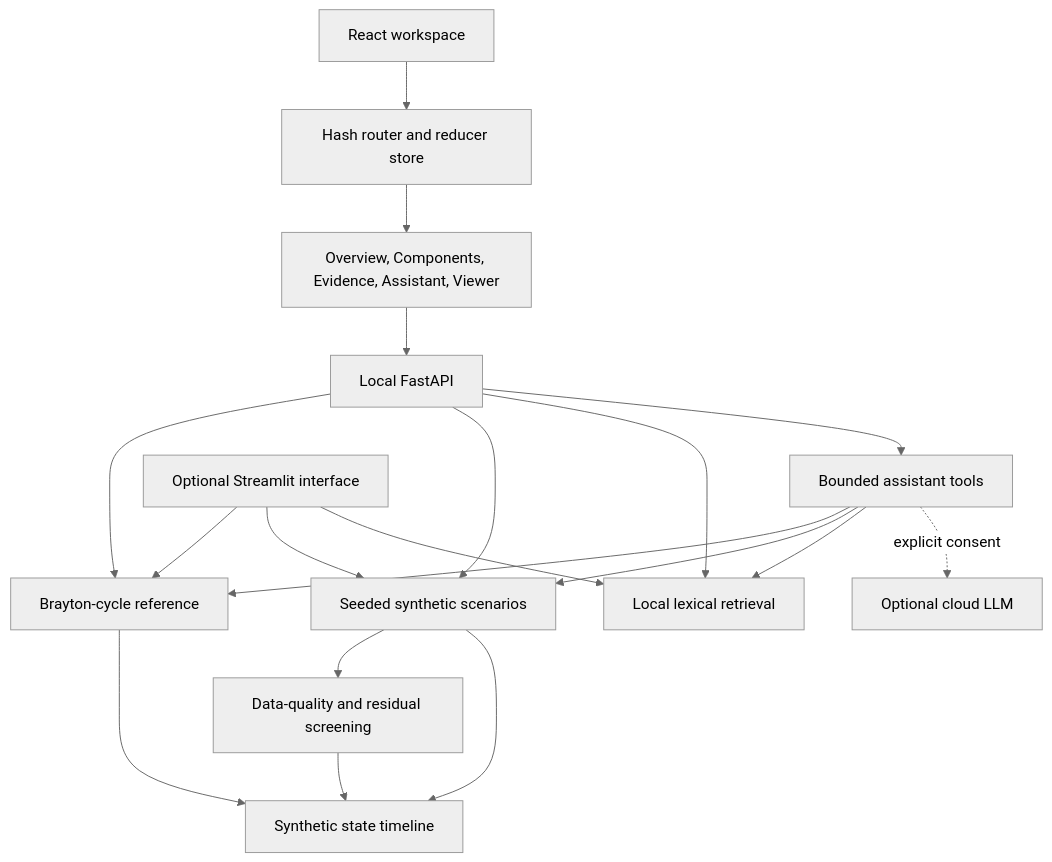
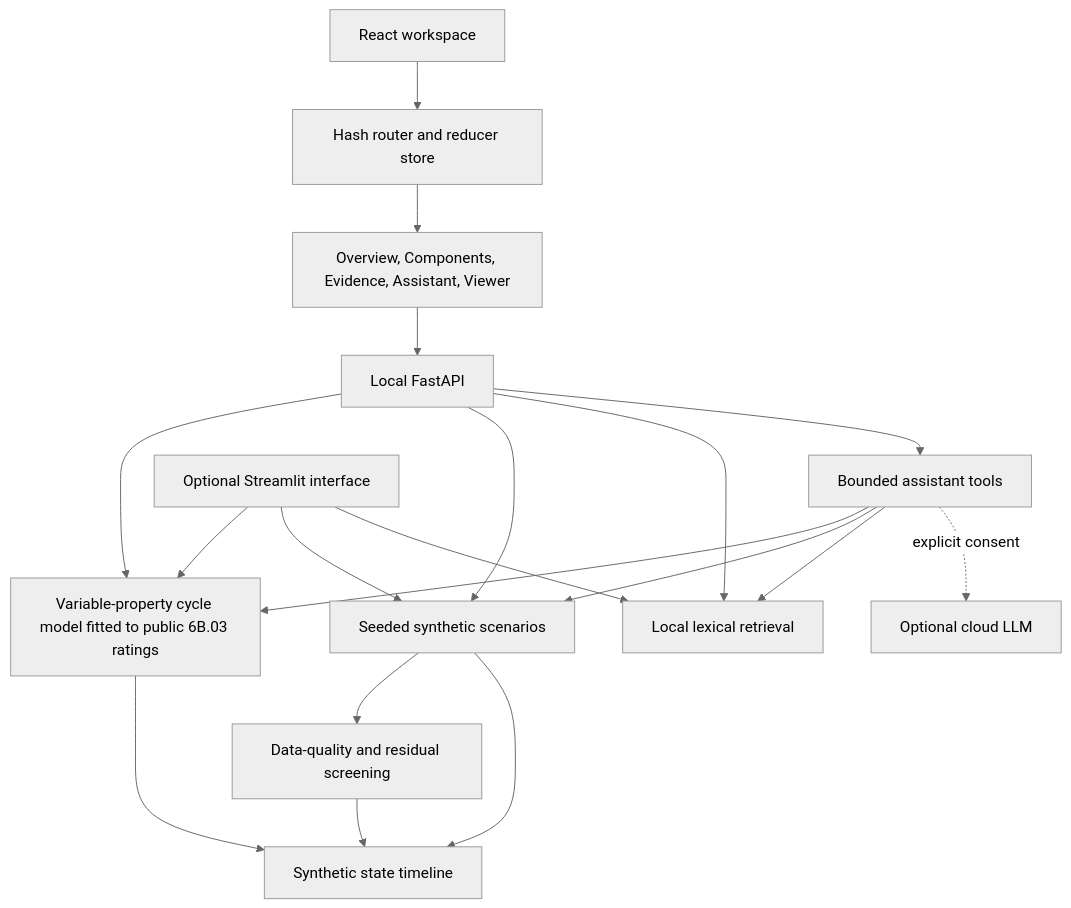
The diagram in docs/ARCHITECTURE.md (AnisX10/TurbineIQ), drawn with Mermaid (neutral theme) before and after one commit. The commit also changed other lines of this file and 29 other files, not shown here.

First line of the commit message:
Switch scenarios, twin, API and assistant to the calibrated cycle model

````diff
--- a/docs/ARCHITECTURE.md
+++ b/docs/ARCHITECTURE.md
@@ -7,21 +7,21 @@
 ```mermaid
 flowchart TD
     WEB[React workspace] --> ROUTER[Hash router and reducer store]
     ROUTER --> FEATURES[Overview, Components, Evidence, Assistant, Viewer]
     FEATURES --> API[Local FastAPI]
-    API --> ENG[Brayton-cycle reference]
+    API --> ENG[Variable-property cycle model fitted to public 6B.03 ratings]
     API --> SYN[Seeded synthetic scenarios]
     SYN --> ANA[Data-quality and residual screening]
     ENG --> TWIN[Synthetic state timeline]
     SYN --> TWIN
     ANA --> TWIN
     API --> RAG[Local lexical retrieval]
     API --> AG[Bounded assistant tools]
     AG --> ENG
     AG --> SYN
     AG --> RAG
     AG -. explicit consent .-> CLOUD[Optional cloud LLM]
     STREAMLIT[Optional Streamlit interface] --> ENG
     STREAMLIT --> SYN
     STREAMLIT --> RAG
 ```
````
